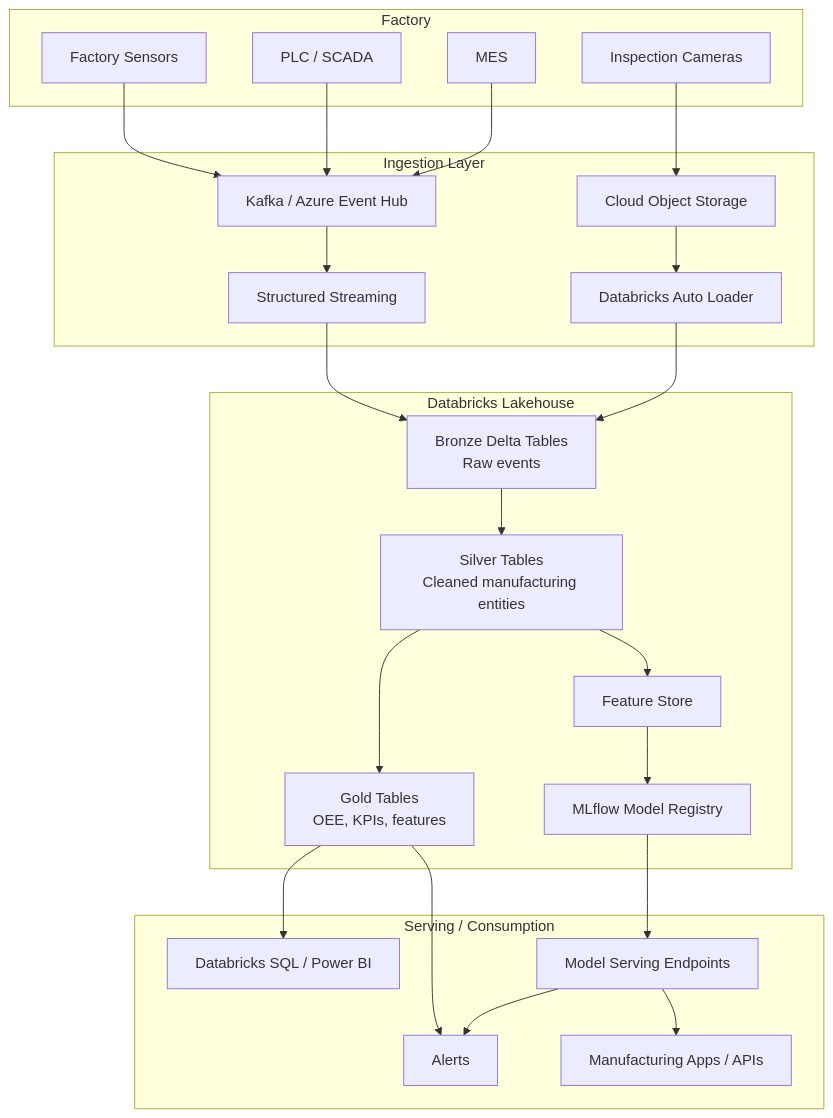
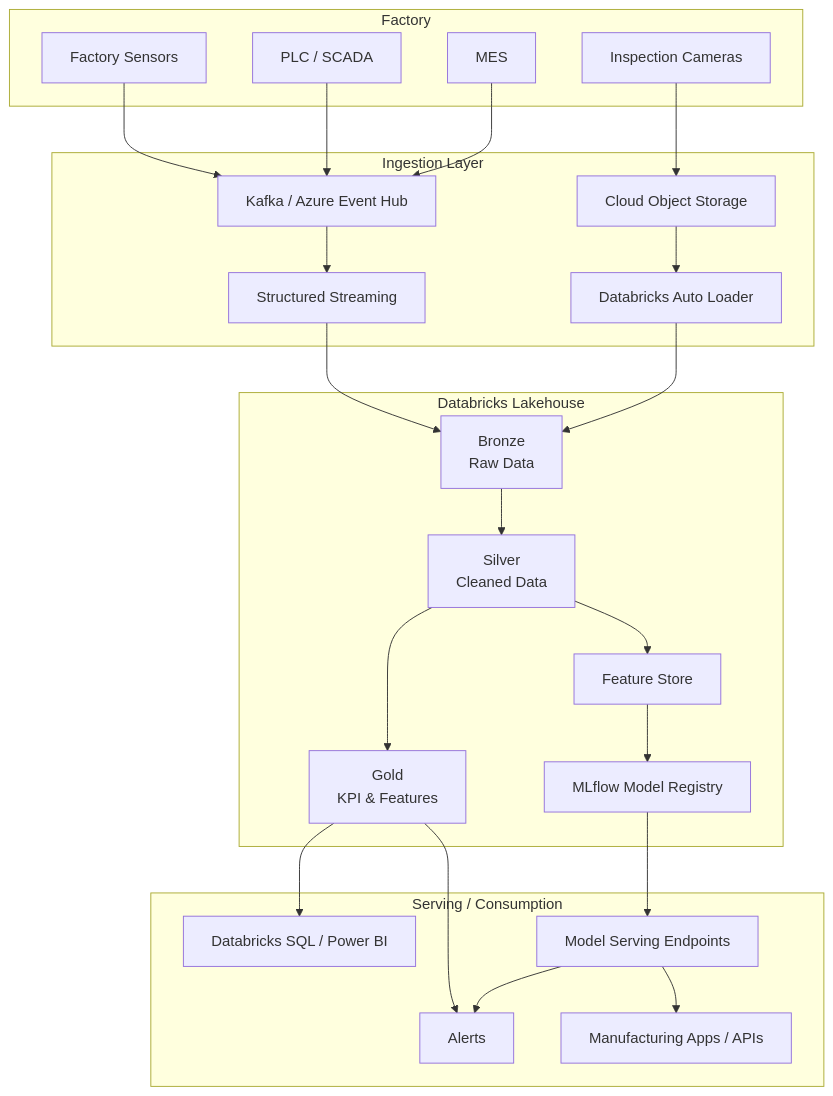
Before and after one commit to SOLVERIGHT/smart-manufacturing: the diagram in README.md, drawn with Mermaid.

````diff
--- a/README.md
+++ b/README.md
@@ -3,59 +3,59 @@
 ```mermaid
 flowchart TB
 
     %% External factory systems
     subgraph Factory["Factory"]
         Sensors["Factory Sensors"]
         PLC["PLC / SCADA"]
         MES["MES"]
         Cameras["Inspection Cameras"]
     end
 
     %% Ingestion layer
     subgraph Ingestion["Ingestion Layer"]
         Kafka["Kafka / Azure Event Hub"]
         ObjectStorage["Cloud Object Storage"]
         AutoLoader["Databricks Auto Loader"]
         Streaming["Structured Streaming"]
     end
 
     %% Lakehouse layer
     subgraph Lakehouse["Databricks Lakehouse"]
-        Bronze["Bronze Delta Tables<br/>Raw events"]
-        Silver["Silver Tables<br/>Cleaned manufacturing entities"]
-        Gold["Gold Tables<br/>OEE, KPIs, features"]
+        Bronze["Bronze<br/>Raw Data"]
+        Silver["Silver<br/>Cleaned Data"]
+        Gold["Gold<br/>KPI & Features"]
         FeatureStore["Feature Store"]
         MLflow["MLflow Model Registry"]
     end
 
     %% Serving layer
     subgraph Serving["Serving / Consumption"]
         Dashboards["Databricks SQL / Power BI"]
         Alerts["Alerts"]
         ModelServing["Model Serving Endpoints"]
         Apps["Manufacturing Apps / APIs"]
     end
 
     Sensors --> Kafka
     PLC --> Kafka
     MES --> Kafka
     Cameras --> ObjectStorage
 
     Kafka --> Streaming
     ObjectStorage --> AutoLoader
 
     Streaming --> Bronze
     AutoLoader --> Bronze
 
     Bronze --> Silver
     Silver --> Gold
     Silver --> FeatureStore
 
     FeatureStore --> MLflow
     MLflow --> ModelServing
 
     Gold --> Dashboards
     Gold --> Alerts
     ModelServing --> Apps
     ModelServing --> Alerts
 ```
````
